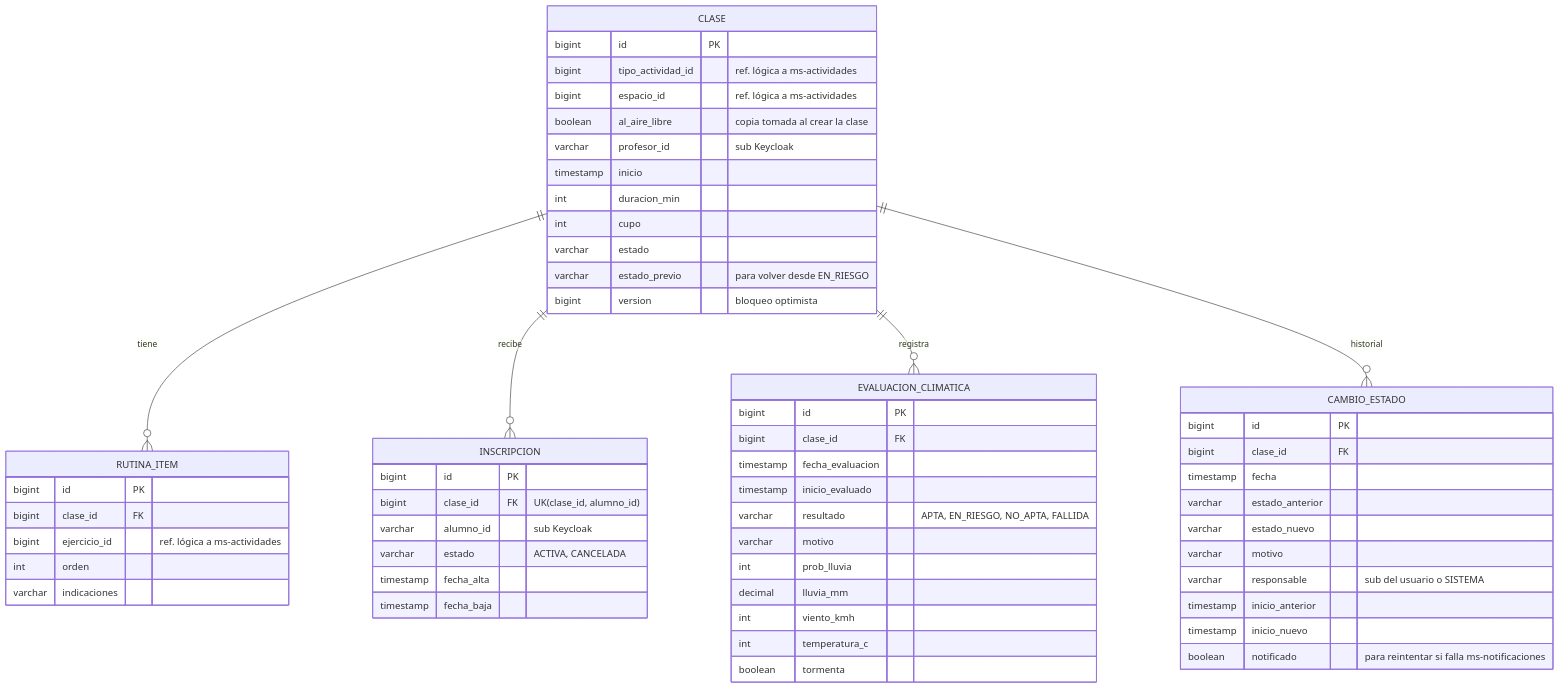
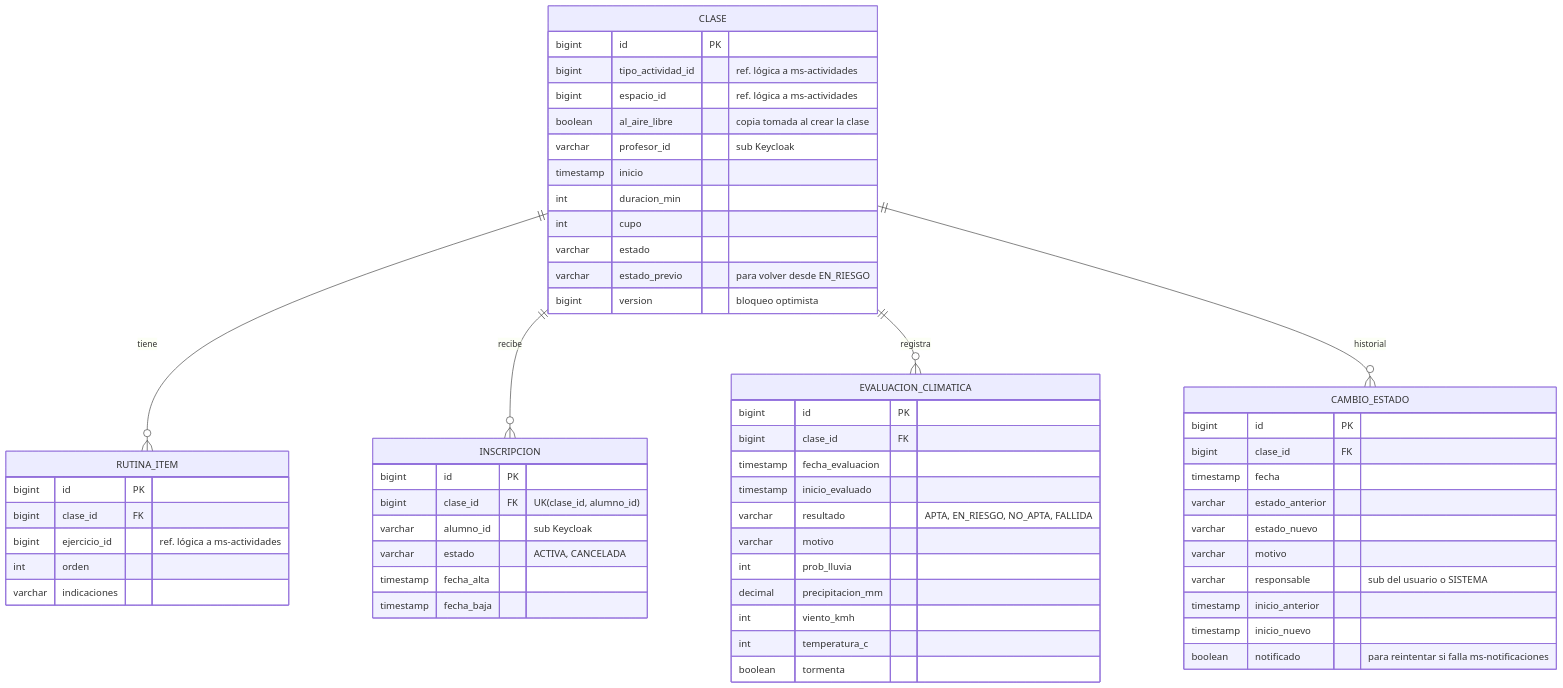
Before and after one commit to tomy91449/climafit: the diagram in docs/diagramas/der-clases.mmd, drawn with Mermaid. The commit also changed 12 other files, not shown here.

```diff
--- a/docs/diagramas/der-clases.mmd
+++ b/docs/diagramas/der-clases.mmd
@@ -1,59 +1,59 @@
 %% DER - clases_db (administrada por ms-clases)
 erDiagram
   CLASE {
     bigint id PK
     bigint tipo_actividad_id "ref. lógica a ms-actividades"
     bigint espacio_id "ref. lógica a ms-actividades"
     boolean al_aire_libre "copia tomada al crear la clase"
     varchar profesor_id "sub Keycloak"
     timestamp inicio
     int duracion_min
     int cupo
     varchar estado
     varchar estado_previo "para volver desde EN_RIESGO"
     bigint version "bloqueo optimista"
   }
   RUTINA_ITEM {
     bigint id PK
     bigint clase_id FK
     bigint ejercicio_id "ref. lógica a ms-actividades"
     int orden
     varchar indicaciones
   }
   INSCRIPCION {
     bigint id PK
     bigint clase_id FK "UK(clase_id, alumno_id)"
     varchar alumno_id "sub Keycloak"
     varchar estado "ACTIVA, CANCELADA"
     timestamp fecha_alta
     timestamp fecha_baja
   }
   EVALUACION_CLIMATICA {
     bigint id PK
     bigint clase_id FK
     timestamp fecha_evaluacion
     timestamp inicio_evaluado
     varchar resultado "APTA, EN_RIESGO, NO_APTA, FALLIDA"
     varchar motivo
     int prob_lluvia
-    decimal lluvia_mm
+    decimal precipitacion_mm
     int viento_kmh
     int temperatura_c
     boolean tormenta
   }
   CAMBIO_ESTADO {
     bigint id PK
     bigint clase_id FK
     timestamp fecha
     varchar estado_anterior
     varchar estado_nuevo
     varchar motivo
     varchar responsable "sub del usuario o SISTEMA"
     timestamp inicio_anterior
     timestamp inicio_nuevo
     boolean notificado "para reintentar si falla ms-notificaciones"
   }
   CLASE ||--o{ RUTINA_ITEM : "tiene"
   CLASE ||--o{ INSCRIPCION : "recibe"
   CLASE ||--o{ EVALUACION_CLIMATICA : "registra"
   CLASE ||--o{ CAMBIO_ESTADO : "historial"
```
